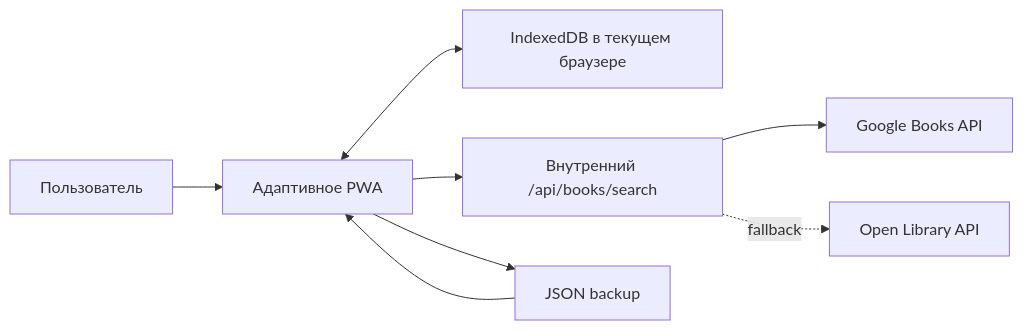
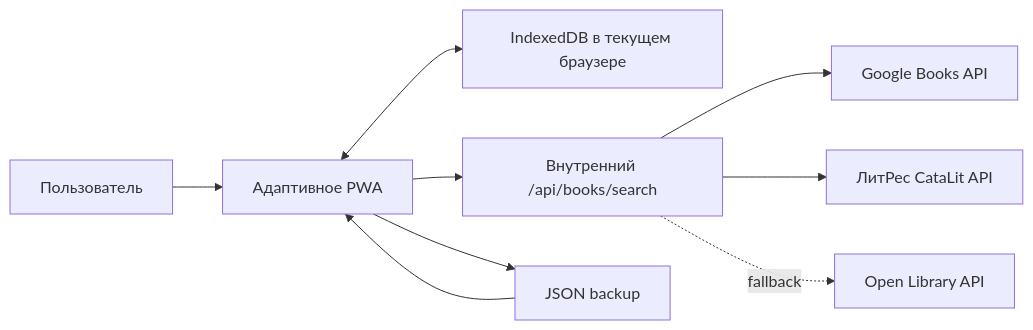
Before and after one commit to katherine-tr/magical-library: the diagram in specs/001-enchanted-library/design.md, drawn with Mermaid. The commit also changed other lines of this file and 4 other files, not shown here.

````diff
--- a/specs/001-enchanted-library/design.md
+++ b/specs/001-enchanted-library/design.md
@@ -19,10 +19,11 @@
 ```mermaid
 flowchart LR
     U["Пользователь"] --> UI["Адаптивное PWA"]
     UI <--> DB["IndexedDB в текущем браузере"]
     UI --> API["Внутренний /api/books/search"]
     API --> GB["Google Books API"]
+    API --> LR["ЛитРес CataLit API"]
     API -. fallback .-> OL["Open Library API"]
     UI --> FILE["JSON backup"]
     FILE --> UI
 ```
````
